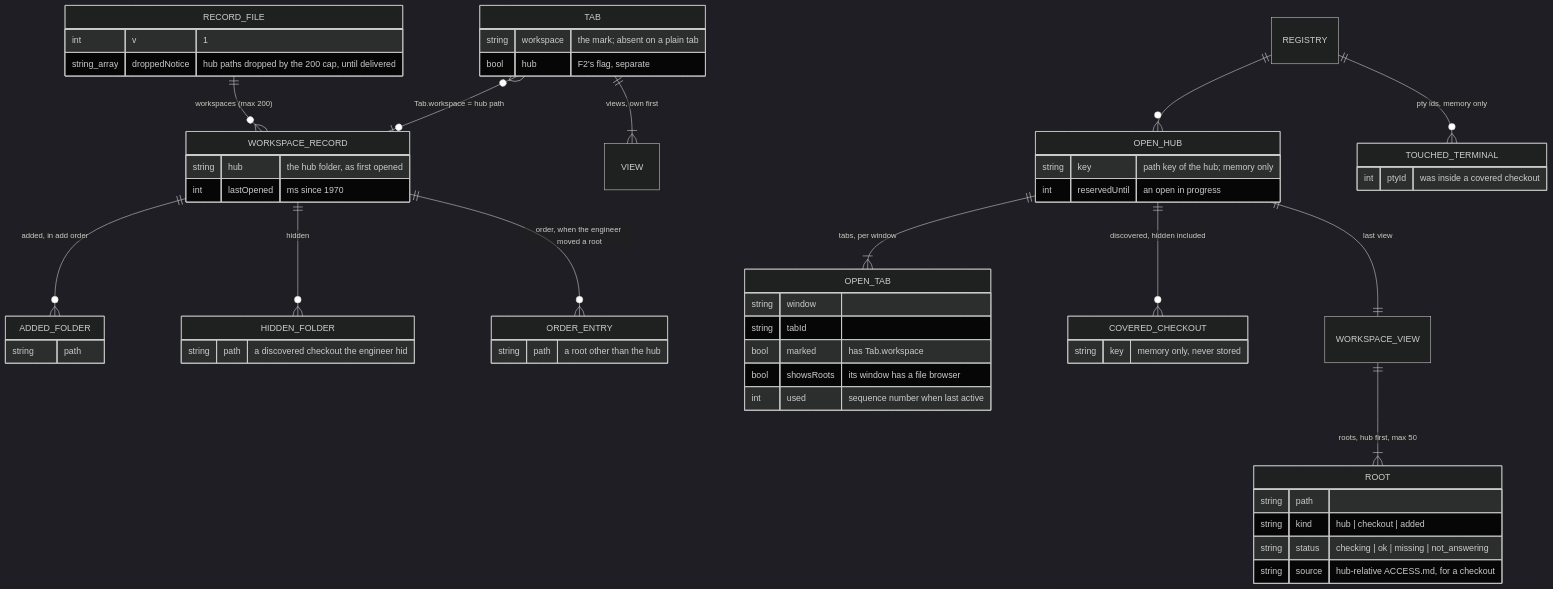
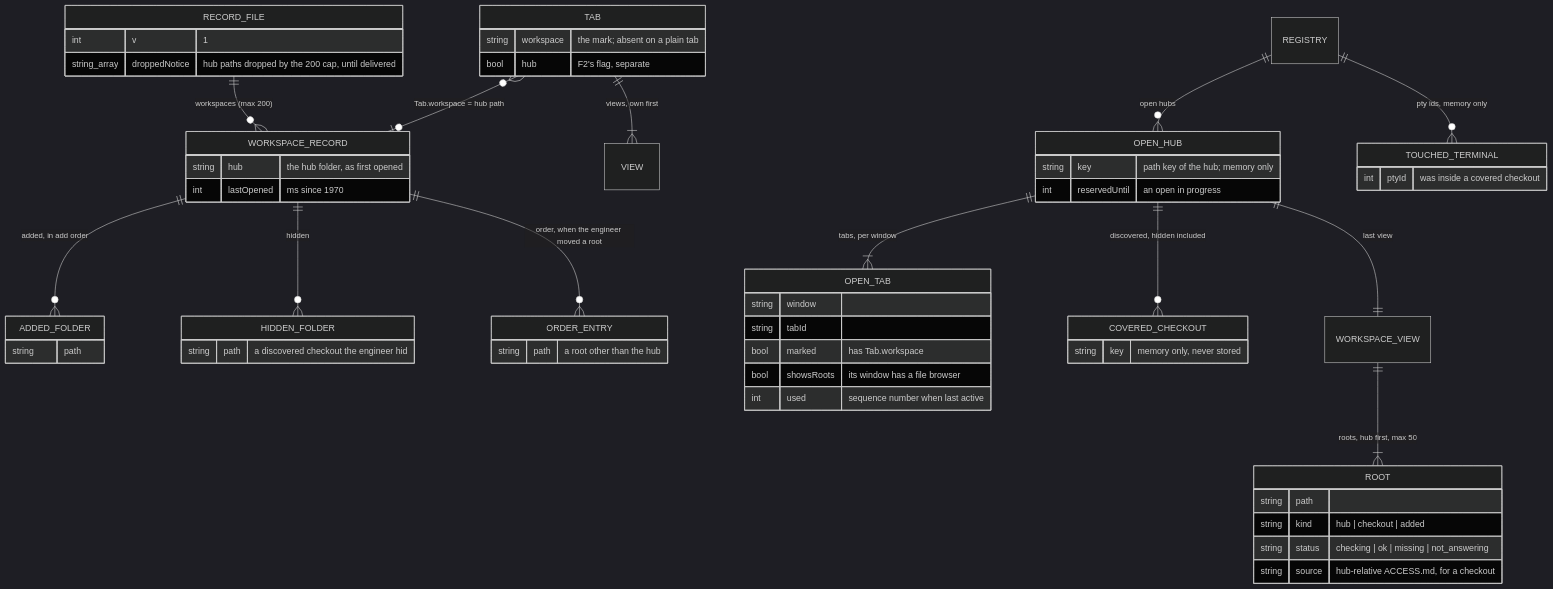
The second of 3 diagrams in docs/superpowers/specs/2026-11-15-workspaces-design.md (alvin-reyes/better-agentic-ide), drawn with Mermaid (dark theme) before and after one commit. The commit also changed other lines of this file and 11 other files, not shown here.

````diff
--- a/docs/superpowers/specs/2026-11-15-workspaces-design.md
+++ b/docs/superpowers/specs/2026-11-15-workspaces-design.md
@@ -166,49 +166,49 @@
 ```mermaid
 erDiagram
   RECORD_FILE ||--o{ WORKSPACE_RECORD : "workspaces (max 200)"
   WORKSPACE_RECORD ||--o{ ADDED_FOLDER : "added, in add order"
   WORKSPACE_RECORD ||--o{ HIDDEN_FOLDER : "hidden"
   WORKSPACE_RECORD ||--o{ ORDER_ENTRY : "order, when the engineer moved a root"
   TAB }o--o| WORKSPACE_RECORD : "Tab.workspace = hub path"
   TAB ||--|{ VIEW : "views, own first"
   OPEN_HUB ||--|{ OPEN_TAB : "tabs, per window"
   OPEN_HUB ||--o{ COVERED_CHECKOUT : "discovered, hidden included"
   OPEN_HUB ||--|| WORKSPACE_VIEW : "last view"
   WORKSPACE_VIEW ||--|{ ROOT : "roots, hub first, max 50"
-  REGISTRY ||--o{ OPEN_HUB : ""
+  REGISTRY ||--o{ OPEN_HUB : "open hubs"
   REGISTRY ||--o{ TOUCHED_TERMINAL : "pty ids, memory only"
   RECORD_FILE {
     int v "1"
     string_array droppedNotice "hub paths dropped by the 200 cap, until delivered"
   }
   WORKSPACE_RECORD {
     string hub "the hub folder, as first opened"
     int lastOpened "ms since 1970"
   }
   ADDED_FOLDER { string path }
   HIDDEN_FOLDER { string path "a discovered checkout the engineer hid" }
   ORDER_ENTRY { string path "a root other than the hub" }
   TAB {
     string workspace "the mark; absent on a plain tab"
     bool hub "F2's flag, separate"
   }
   OPEN_HUB {
     string key "path key of the hub; memory only"
     int reservedUntil "an open in progress"
   }
   OPEN_TAB {
     string window
     string tabId
     bool marked "has Tab.workspace"
     bool showsRoots "its window has a file browser"
     int used "sequence number when last active"
   }
   COVERED_CHECKOUT { string key "memory only, never stored" }
   TOUCHED_TERMINAL { int ptyId "was inside a covered checkout" }
   ROOT {
     string path
     string kind "hub | checkout | added"
     string status "checking | ok | missing | not_answering"
     string source "hub-relative ACCESS.md, for a checkout"
   }
 ```
````
